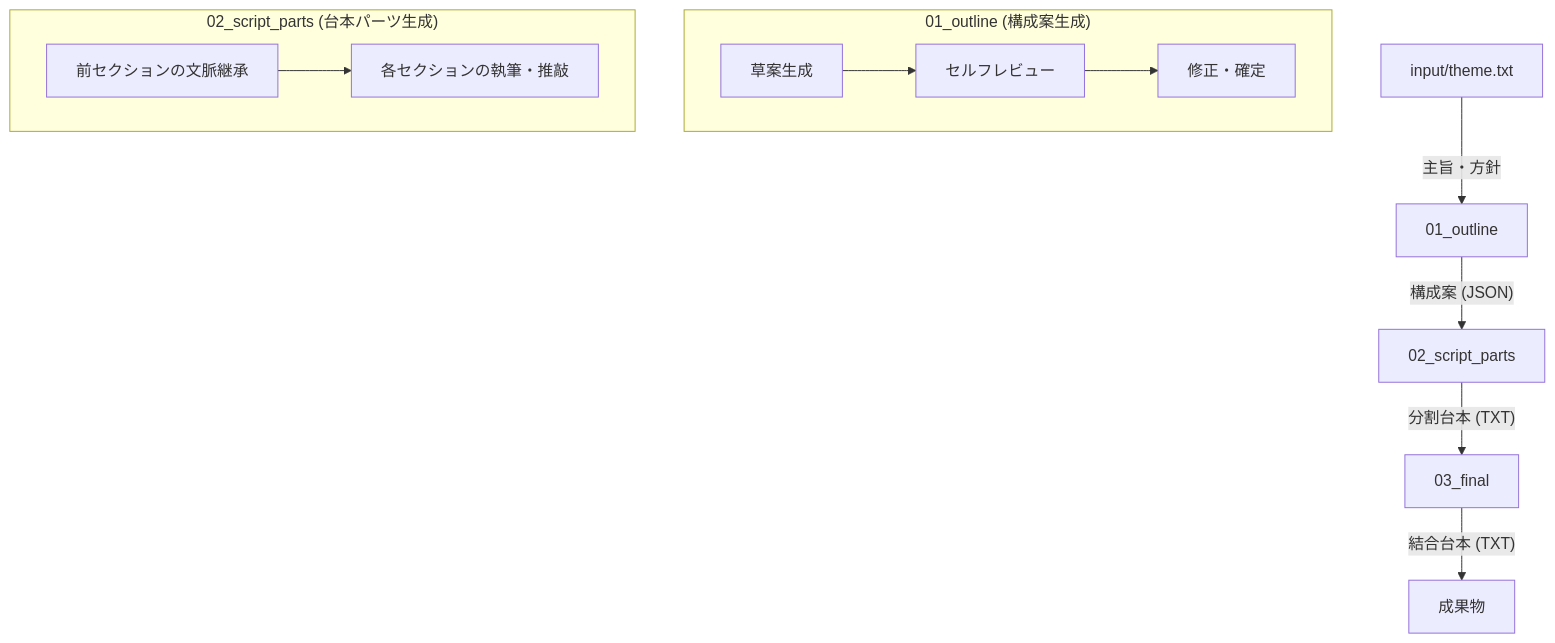
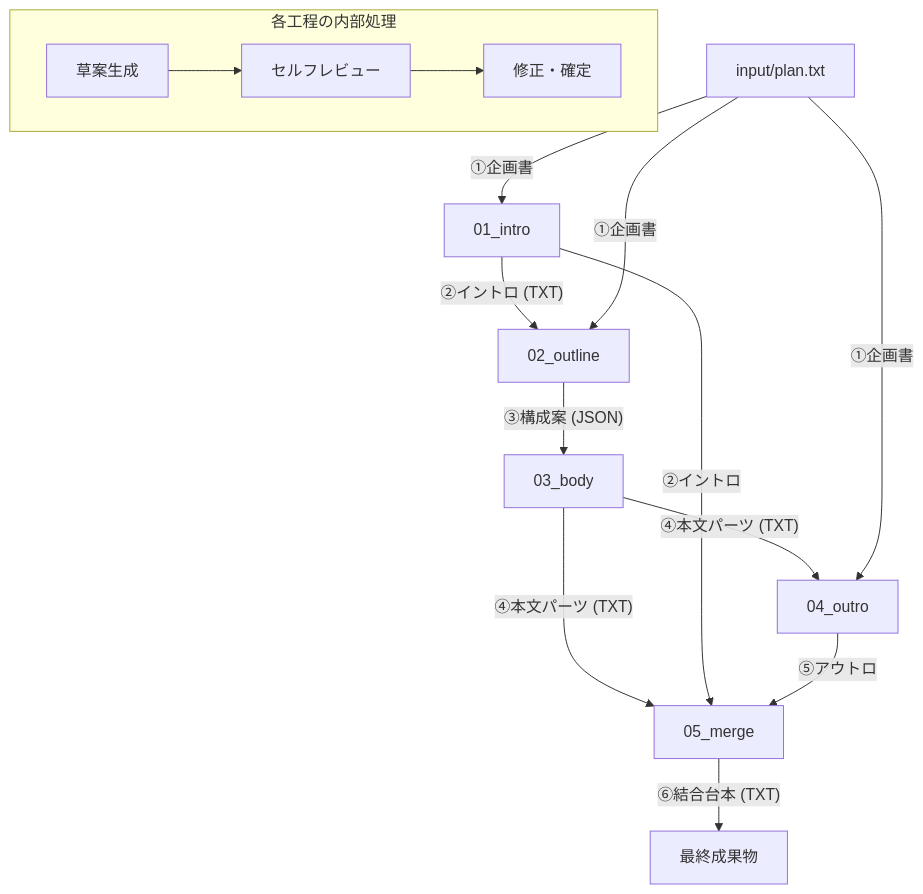
One commit to yoshiInGit/thb-footage changed the diagram in README.md. Above: the diagram before and after it, drawn with Mermaid. The commit also changed other lines of this file and 8 other files, not shown here.

````diff
--- a/README.md
+++ b/README.md
@@ -36,15 +37,17 @@
 ```mermaid
 graph TD
-    A[input/theme.txt] -- 主旨・方針 --> B[01_outline]
-    B -- "構成案 (JSON)" --> C[02_script_parts]
-    C -- "分割台本 (TXT)" --> D[03_final]
-    D -- "結合台本 (TXT)" --> E[成果物]
+    P[input/plan.txt] -- ①企画書 --> A[01_intro]
+    A -- "②イントロ (TXT)" --> B[02_outline]
+    P -- ①企画書 --> B
+    B -- "③構成案 (JSON)" --> C[03_body]
+    C -- "④本文パーツ (TXT)" --> D[04_outro]
+    P -- ①企画書 --> D
+    C -- "④本文パーツ (TXT)" --> E[05_merge]
+    A -- "②イントロ" --> E
+    D -- "⑤アウトロ" --> E
+    E -- "⑥結合台本 (TXT)" --> F[最終成果物]
 
-    subgraph "01_outline (構成案生成)"
-    B1[草案生成] --> B2[セルフレビュー] --> B3[修正・確定]
-    end
-
-    subgraph "02_script_parts (台本パーツ生成)"
-    C1[前セクションの文脈継承] --> C2[各セクションの執筆・推敲]
+    subgraph "各工程の内部処理"
+    S1[草案生成] --> S2[セルフレビュー] --> S3[修正・確定]
     end
 ```
````
